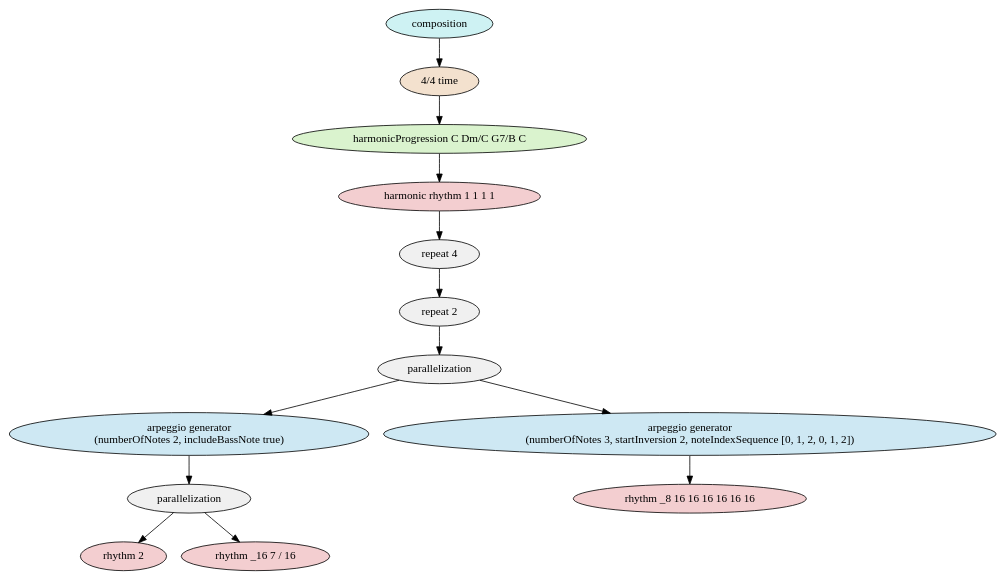
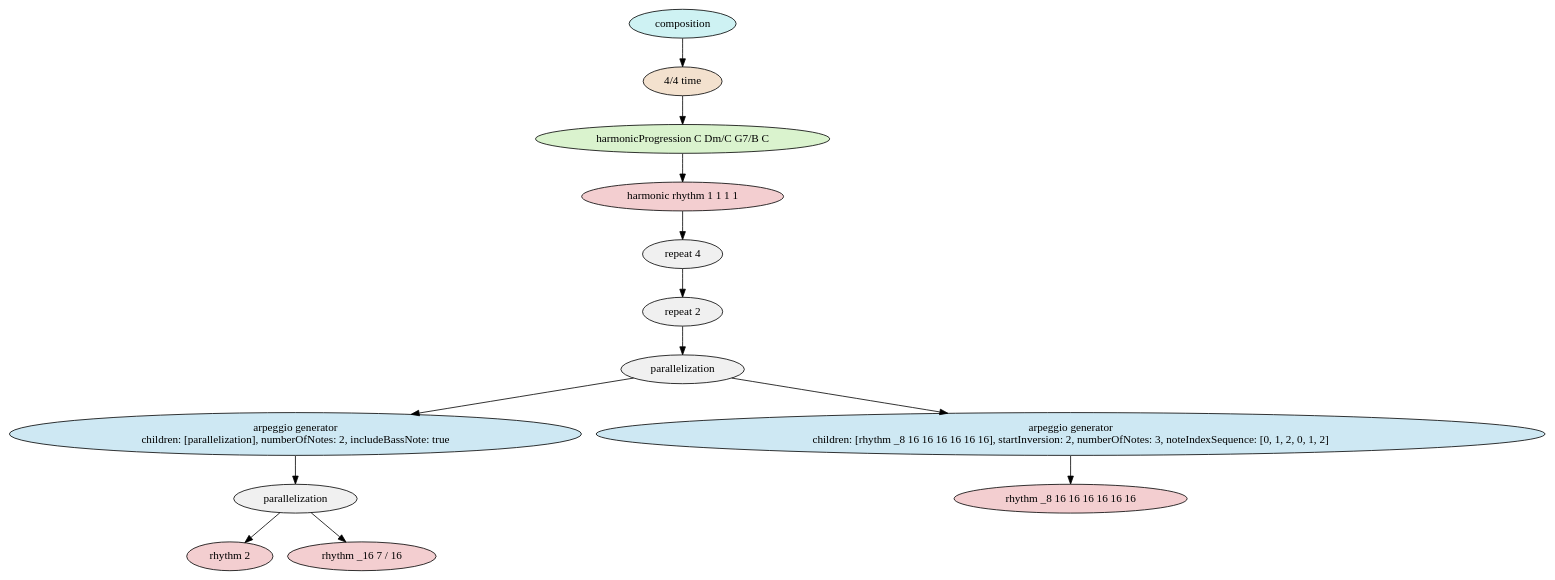
The diagram in Composition Models/Bach/BWV846_Prelude_And_Fugue_in_C_Major/BWV846_Prelude_TreeModel.dot (david-pace/mps-examples), drawn with Graphviz before and after one commit. The commit also changed 21 other files, not shown here.

```diff
--- a/Composition Models/Bach/BWV846_Prelude_And_Fugue_in_C_Major/BWV846_Prelude_TreeModel.dot
+++ b/Composition Models/Bach/BWV846_Prelude_And_Fugue_in_C_Major/BWV846_Prelude_TreeModel.dot
@@ -1,30 +1,30 @@
 digraph compositionModel {
     graph [ordering="out"];
     n0 [fillcolor="#cef2f3",style="filled",label="composition"];
     n1 [fillcolor="#f3e1ce",style="filled",label="4/4 time"];
     n0 -> n1;
     n2 [fillcolor="#daf3ce",style="filled",label="harmonicProgression C Dm/C G7/B C"];
     n1 -> n2;
     n3 [fillcolor="#f3ced0",style="filled",label="harmonic rhythm 1 1 1 1"];
     n2 -> n3;
     n4 [fillcolor="#f0f0f0",style="filled",label="repeat 4"];
     n3 -> n4;
     n5 [fillcolor="#f0f0f0",style="filled",label="repeat 2"];
     n4 -> n5;
     n6 [fillcolor="#f0f0f0",style="filled",label="parallelization"];
     n5 -> n6;
     n7 [fillcolor="#cee8f3",style="filled",label="arpeggio generator
-(numberOfNotes 2, includeBassNote true)"];
+children: [parallelization], numberOfNotes: 2, includeBassNote: true"];
     n6 -> n7;
     n8 [fillcolor="#f0f0f0",style="filled",label="parallelization"];
     n7 -> n8;
     n9 [fillcolor="#f3ced0",style="filled",label="rhythm 2"];
     n8 -> n9;
     n10 [fillcolor="#f3ced0",style="filled",label="rhythm _16 7 / 16"];
     n8 -> n10;
     n11 [fillcolor="#cee8f3",style="filled",label="arpeggio generator
-(numberOfNotes 3, startInversion 2, noteIndexSequence [0, 1, 2, 0, 1, 2])"];
+children: [rhythm _8 16 16 16 16 16 16], startInversion: 2, numberOfNotes: 3, noteIndexSequence: [0, 1, 2, 0, 1, 2]"];
     n6 -> n11;
     n12 [fillcolor="#f3ced0",style="filled",label="rhythm _8 16 16 16 16 16 16"];
     n11 -> n12;
 }
```
